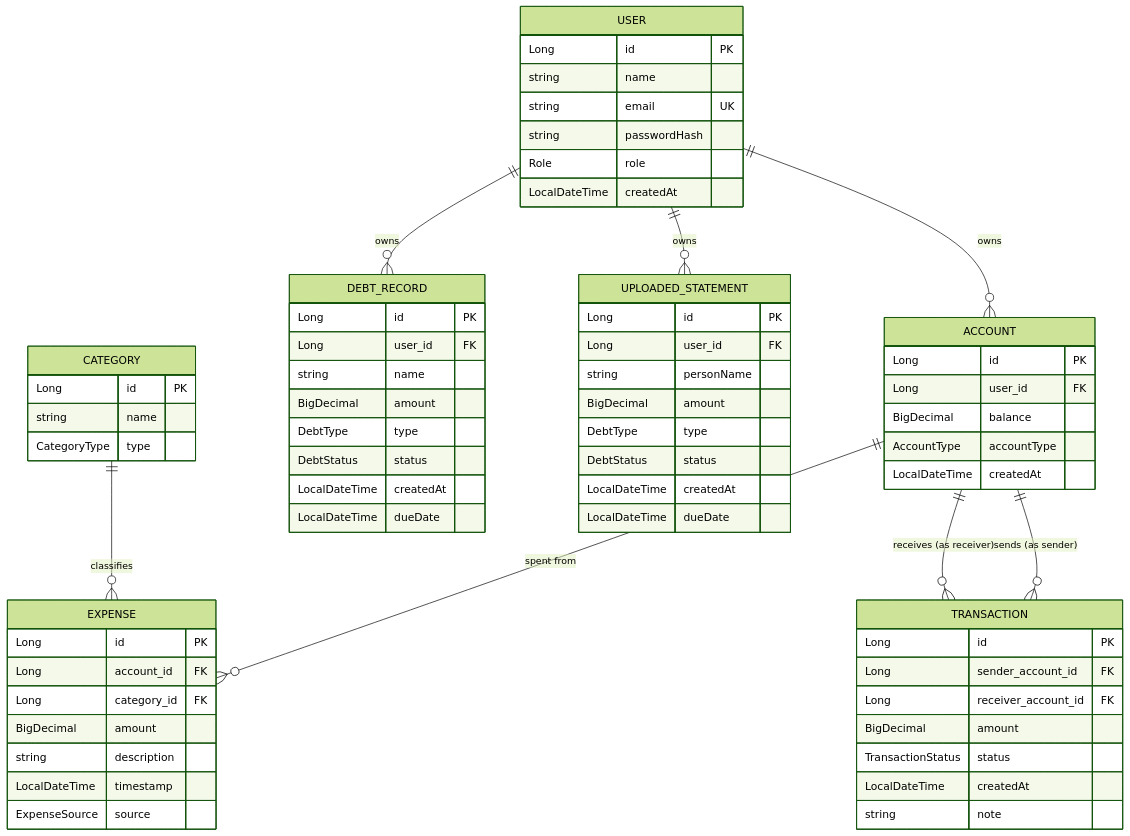
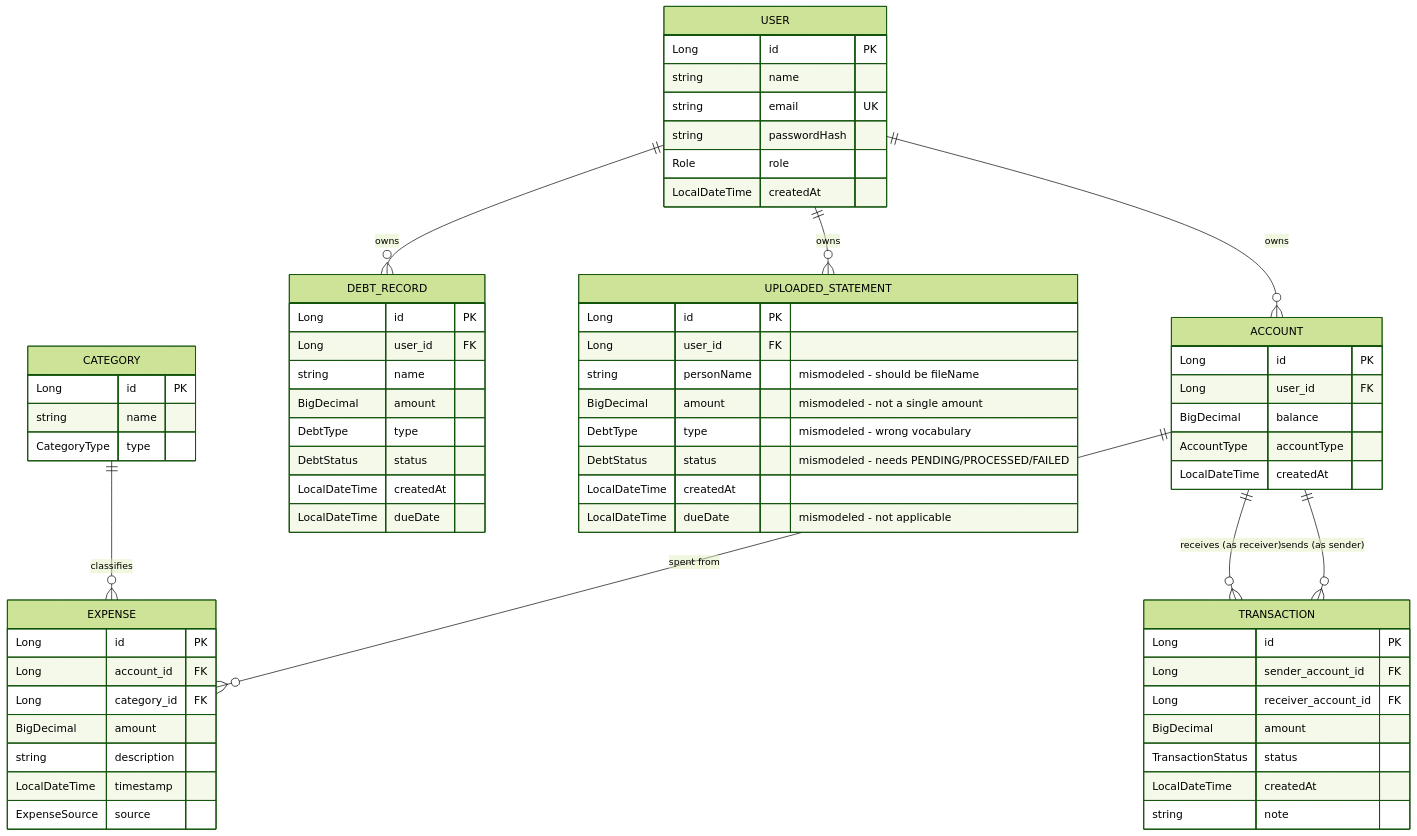
The third of 5 diagrams in src/main/java/com/Bhawesh/expense_tracker/architecture/arch.md (Bhawesh-007/Phonpe_Manager), drawn with Mermaid (forest theme) before and after one commit. The commit also changed other lines of this file and 16 other files, not shown here.

````diff
--- a/src/main/java/com/Bhawesh/expense_tracker/architecture/arch.md
+++ b/src/main/java/com/Bhawesh/expense_tracker/architecture/arch.md
@@ -90,75 +107,75 @@
 ```mermaid
 erDiagram
     USER ||--o{ ACCOUNT : "owns"
     USER ||--o{ DEBT_RECORD : "owns"
     USER ||--o{ UPLOADED_STATEMENT : "owns"
     ACCOUNT ||--o{ EXPENSE : "spent from"
     ACCOUNT ||--o{ TRANSACTION : "sends (as sender)"
     ACCOUNT ||--o{ TRANSACTION : "receives (as receiver)"
     CATEGORY ||--o{ EXPENSE : "classifies"
 
     USER {
         Long id PK
         string name
         string email UK
         string passwordHash
         Role role
         LocalDateTime createdAt
     }
 
     ACCOUNT {
         Long id PK
         Long user_id FK
         BigDecimal balance
         AccountType accountType
         LocalDateTime createdAt
     }
 
     EXPENSE {
         Long id PK
         Long account_id FK
         Long category_id FK
         BigDecimal amount
         string description
         LocalDateTime timestamp
         ExpenseSource source
     }
 
     TRANSACTION {
         Long id PK
         Long sender_account_id FK
         Long receiver_account_id FK
         BigDecimal amount
         TransactionStatus status
         LocalDateTime createdAt
         string note
     }
 
     CATEGORY {
         Long id PK
         string name
         CategoryType type
     }
 
     DEBT_RECORD {
         Long id PK
         Long user_id FK
         string name
         BigDecimal amount
         DebtType type
         DebtStatus status
         LocalDateTime createdAt
         LocalDateTime dueDate
     }
 
     UPLOADED_STATEMENT {
         Long id PK
         Long user_id FK
-        string personName
-        BigDecimal amount
-        DebtType type
-        DebtStatus status
+        string personName "mismodeled - should be fileName"
+        BigDecimal amount "mismodeled - not a single amount"
+        DebtType type "mismodeled - wrong vocabulary"
+        DebtStatus status "mismodeled - needs PENDING/PROCESSED/FAILED"
         LocalDateTime createdAt
-        LocalDateTime dueDate
+        LocalDateTime dueDate "mismodeled - not applicable"
     }
 ```
````
